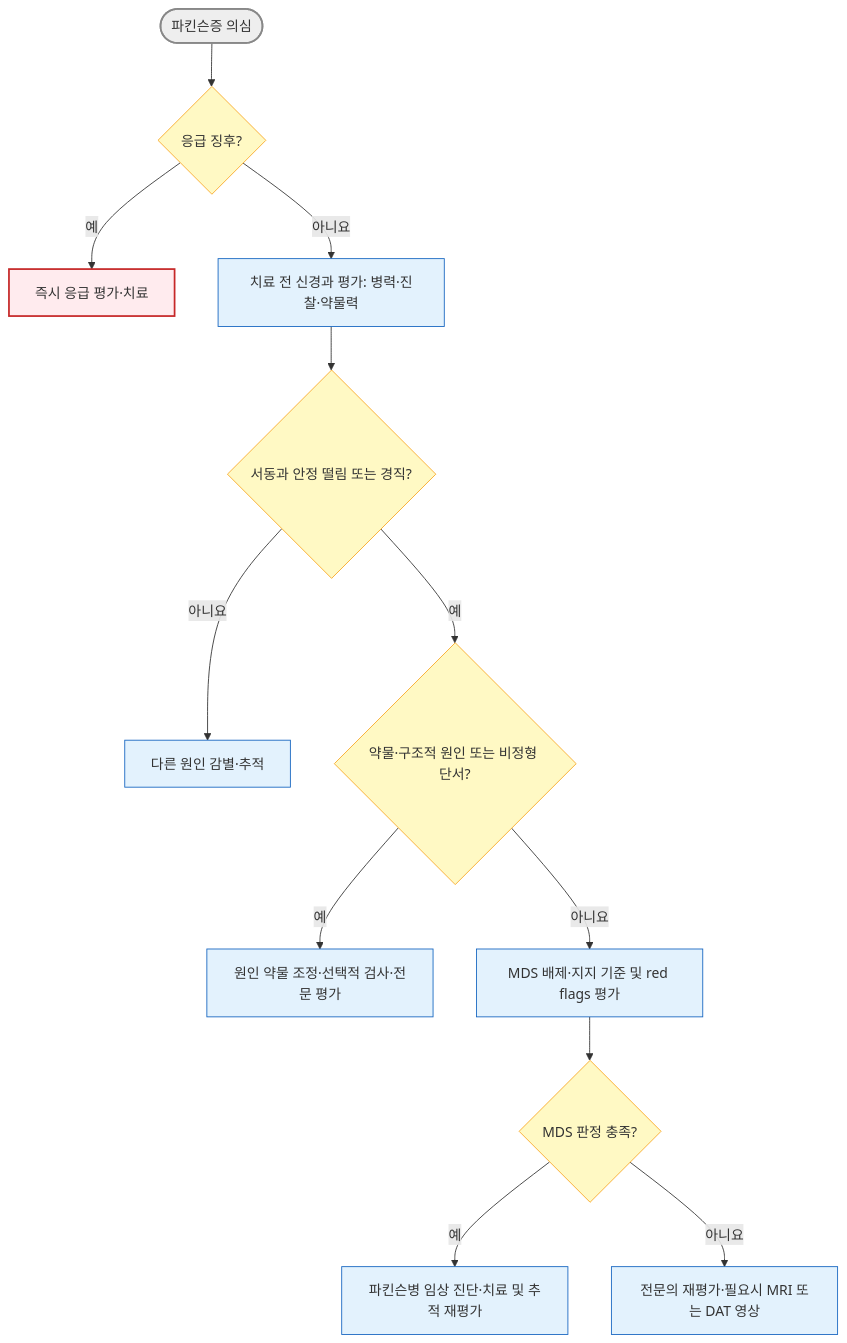
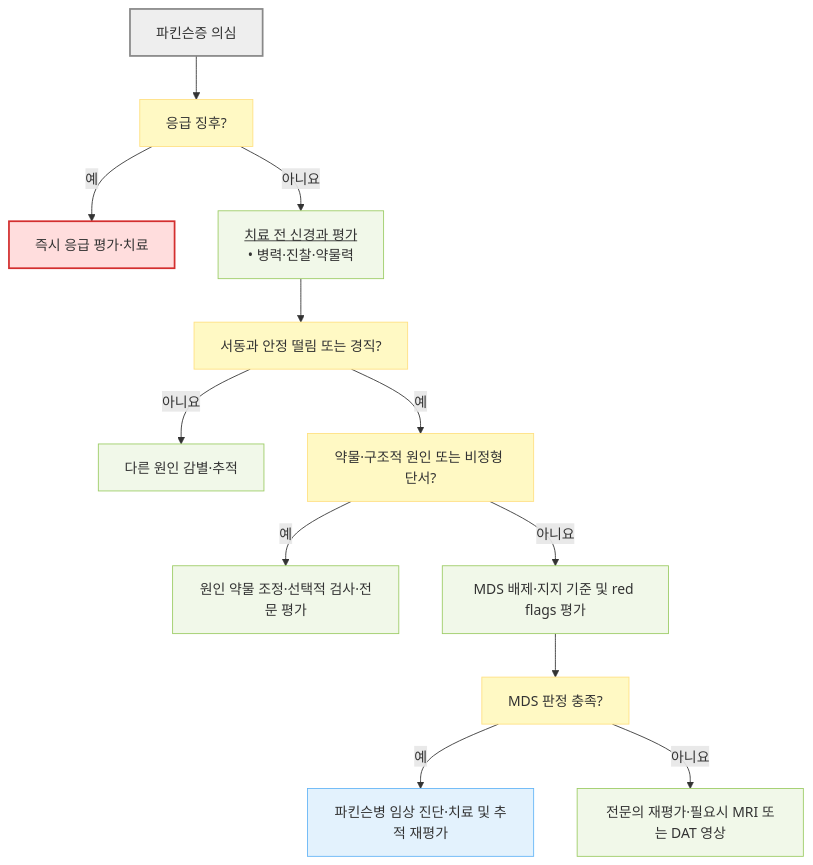
Before and after one commit to familyoh77/familyoh77: the first of 2 diagrams in 221_/035_-parkinsons-disease.md, drawn with Mermaid. The commit also changed other lines of this file and 17 other files, not shown here.

````diff
--- a/221_/035_-parkinsons-disease.md
+++ b/221_/035_-parkinsons-disease.md
@@ -215,21 +215,25 @@
 ```mermaid
 flowchart TD
-    A(["파킨슨증 의심"]) --> B{"응급 징후?"}
+    A["파킨슨증 의심"] --> B["응급 징후?"]
     B -- "예" --> C["즉시 응급 평가·치료"]
-    B -- "아니요" --> D["치료 전 신경과 평가: 병력·진찰·약물력"]
-    D --> E{"서동과 안정 떨림 또는 경직?"}
+    B -- "아니요" --> D["<u>치료 전 신경과 평가</u><br/>• 병력·진찰·약물력"]
+    D --> E["서동과 안정 떨림 또는 경직?"]
     E -- "아니요" --> F["다른 원인 감별·추적"]
-    E -- "예" --> G{"약물·구조적 원인 또는 비정형 단서?"}
+    E -- "예" --> G["약물·구조적 원인 또는 비정형 단서?"]
     G -- "예" --> H["원인 약물 조정·선택적 검사·전문 평가"]
     G -- "아니요" --> I["MDS 배제·지지 기준 및 red flags 평가"]
-    I --> J{"MDS 판정 충족?"}
+    I --> J["MDS 판정 충족?"]
     J -- "예" --> K["파킨슨병 임상 진단·치료 및 추적 재평가"]
     J -- "아니요" --> L["전문의 재평가·필요시 MRI 또는 DAT 영상"]
-    style A fill:#eee,stroke:#888,stroke-width:2px
-    classDef decision fill:#fff9c4,stroke:#f9a825
-    classDef emergency fill:#ffebee,stroke:#c62828,stroke-width:2px
-    classDef action fill:#e3f2fd,stroke:#1565c0
-    class B,E,G,J decision
+
+    classDef start fill:#eeeeee,stroke:#888888,stroke-width:2px
+    classDef question fill:#fff9c4,stroke:#ffe082
+    classDef emergency fill:#ffdddd,stroke:#d32f2f,stroke-width:2px
+    classDef evaluation fill:#f1f8e9,stroke:#9ccc65
+    classDef treatment fill:#e3f2fd,stroke:#64b5f6
+    class A start
+    class B,E,G,J question
     class C emergency
-    class D,F,H,I,K,L action
+    class D,F,H,I,L evaluation
+    class K treatment
 ```
````
